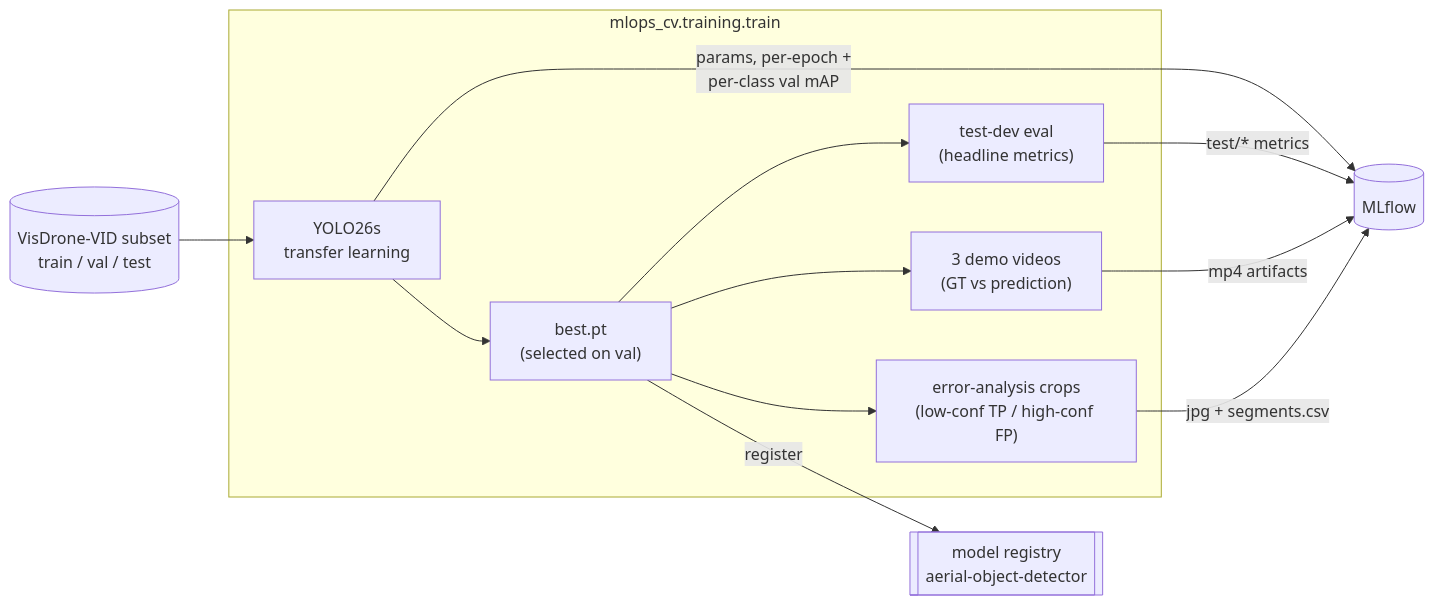
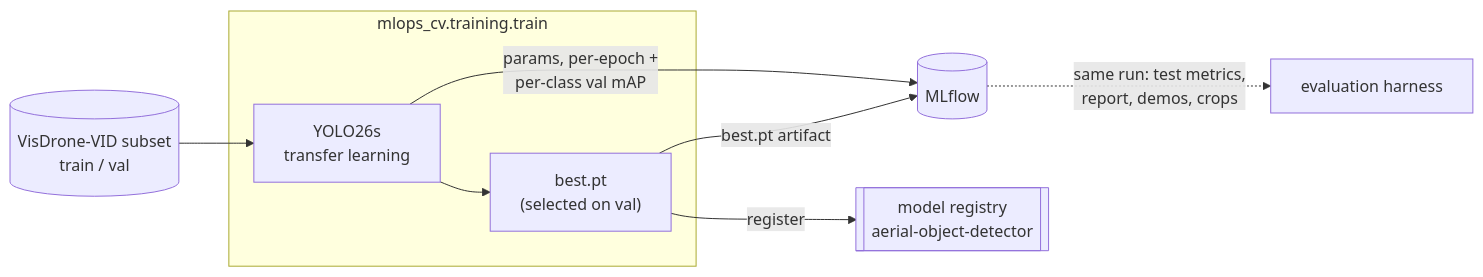
One commit to vtarasv/mlops-cv changed the diagram in docs/training.md. Above: the diagram before and after it, drawn with Mermaid. The commit also changed other lines of this file and 7 other files, not shown here.

Commit message:
refactor(eval): split model production from quality inspection

````diff
--- a/docs/training.md
+++ b/docs/training.md
@@ -7,15 +9,11 @@
 ```mermaid
 flowchart LR
-  subset[("VisDrone-VID subset<br/>train / val / test")] --> yolo
+  subset[("VisDrone-VID subset<br/>train / val")] --> yolo
   subgraph train["mlops_cv.training.train"]
     yolo["YOLO26s<br/>transfer learning"] --> best["best.pt<br/>(selected on val)"]
-    best --> testeval["test-dev eval<br/>(headline metrics)"]
-    best --> demos["3 demo videos<br/>(GT vs prediction)"]
-    best --> crops["error-analysis crops<br/>(low-conf TP / high-conf FP)"]
   end
   yolo -->|"params, per-epoch +<br/>per-class val mAP"| mlflow[("MLflow")]
-  testeval -->|"test/* metrics"| mlflow
-  demos -->|"mp4 artifacts"| mlflow
-  crops -->|"jpg + segments.csv"| mlflow
-  best -->|"register"| registry[["model registry<br/>aerial-object-detector"]]
+  best -->|"best.pt artifact"| mlflow
+  best -->|register| registry[["model registry<br/>aerial-object-detector"]]
+  mlflow -.->|"same run: test metrics,<br/>report, demos, crops"| evalh["evaluation harness"]
 ```
````
